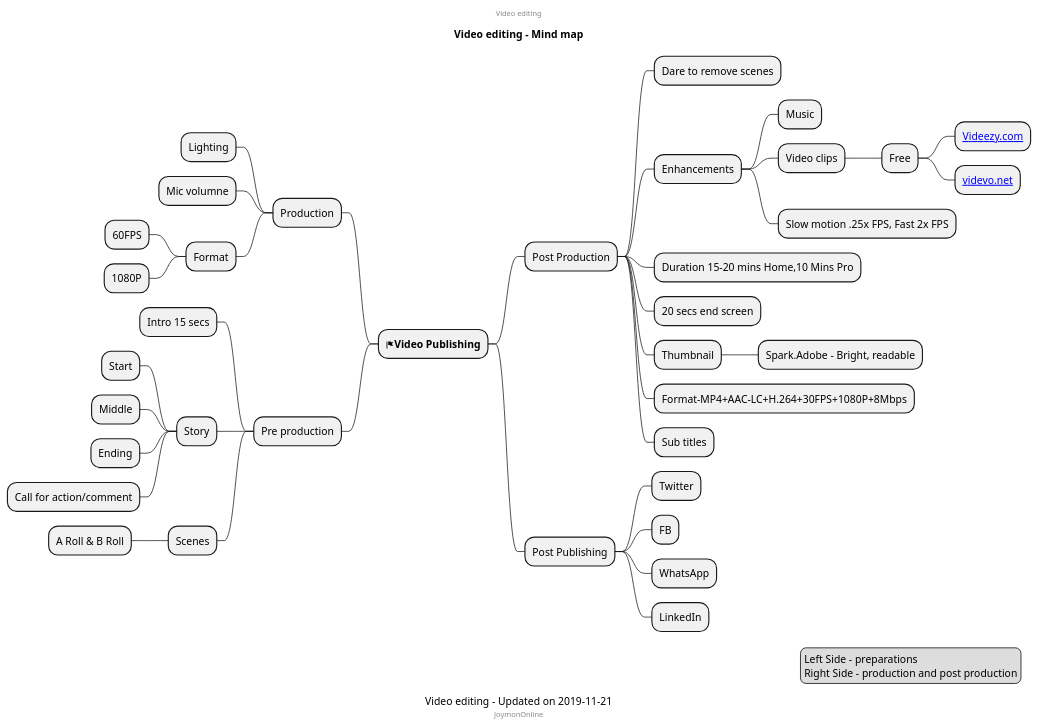
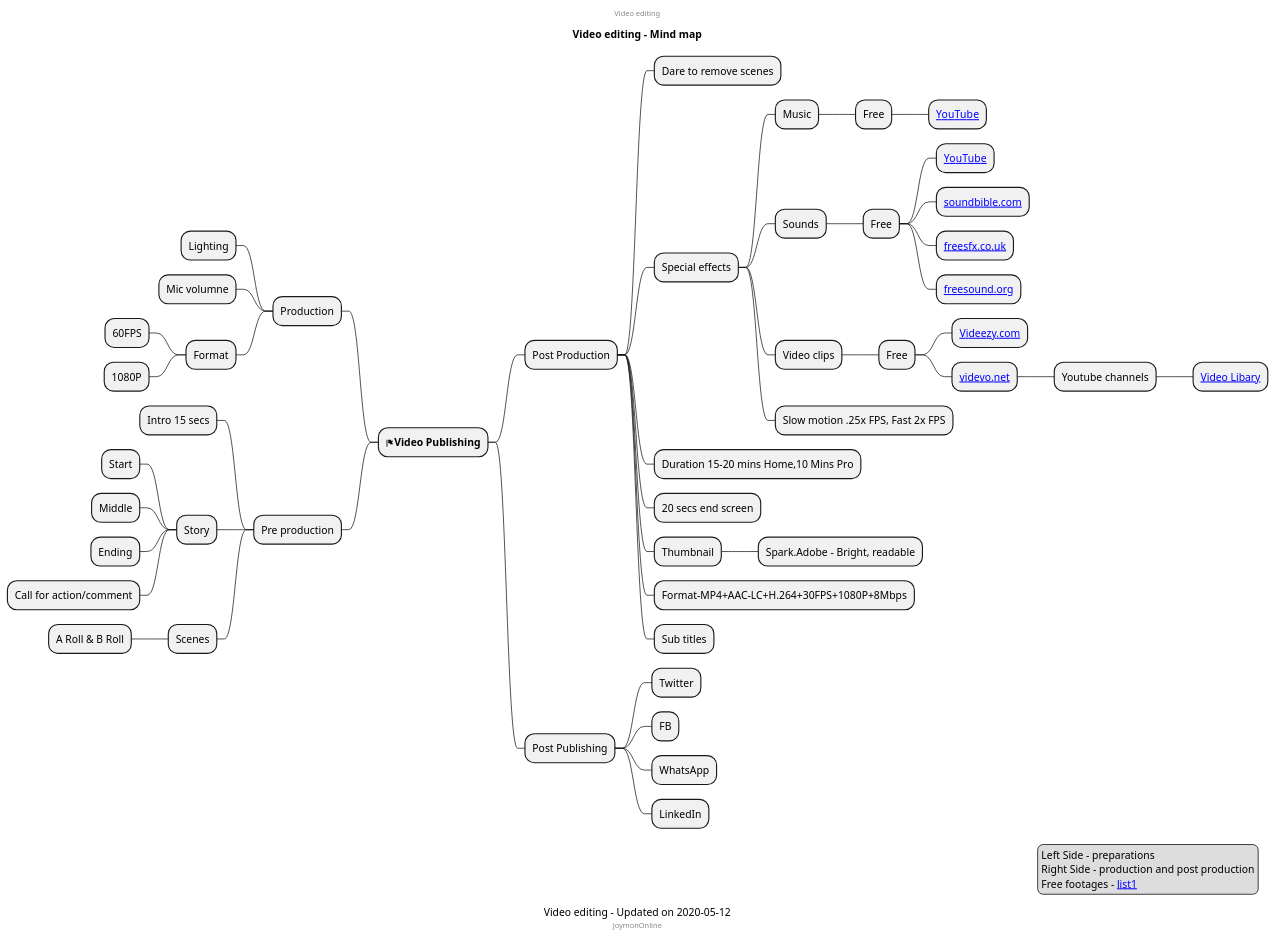
The diagram in media/video/publishing.puml (mind-maps/technology), drawn with PlantUML before and after one commit.

Commit message:
updated to publishing.puml

```diff
--- a/media/video/publishing.puml
+++ b/media/video/publishing.puml
@@ -1,54 +1,65 @@
 @startmindmap
-caption Video editing - Updated on 2019-11-21
+caption Video editing - Updated on 2020-05-12
 title Video editing - Mind map
 center header
 Video editing
 endheader
 
 * <&flag><b>Video Publishing</b>
 
 ** Post Production
 *** Dare to remove scenes
-*** Enhancements
+*** Special effects
 **** Music
+***** Free
+****** [[https://www.youtube.com/audiolibrary/music?nv=1 YouTube]]
+**** Sounds
+***** Free
+****** [[https://www.youtube.com/audiolibrary/soundeffects?nv=1 YouTube]]
+****** [[https://soundbible.com/ soundbible.com]]
+****** [[https://freesfx.co.uk/ freesfx.co.uk]]
+****** [[https://freesound.org/ freesound.org]]
 **** Video clips
 ***** Free
 ****** [[https://www.videezy.com/ Videezy.com]]
 ****** [[https://www.videvo.net/ videvo.net]]
+******* Youtube channels
+******** [[https://www.youtube.com/channel/UC8ScFr0TdBPz9bLElei6-VA/videos Video Libary]]
 **** Slow motion .25x FPS, Fast 2x FPS
 *** Duration 15-20 mins Home,10 Mins Pro
 *** 20 secs end screen
 *** Thumbnail
 **** Spark.Adobe - Bright, readable
 *** Format-MP4+AAC-LC+H.264+30FPS+1080P+8Mbps
 *** Sub titles
 ** Post Publishing
 *** Twitter
 *** FB
 *** WhatsApp
 *** LinkedIn
 
 left side
 ** Production
 *** Lighting
 *** Mic volumne
 *** Format
 **** 60FPS
 **** 1080P
 ** Pre production
 *** Intro 15 secs
 *** Story
 **** Start
 **** Middle
 **** Ending
 ****  Call for action/comment
 *** Scenes
 **** A Roll & B Roll
 
 center footer JoymonOnline
 
 legend right
   Left Side - preparations
   Right Side - production and post production
+  Free footages - [[https://www.oberlo.com/blog/free-stock-video-websites list1]]
 endlegend
 @endmindmap
```
